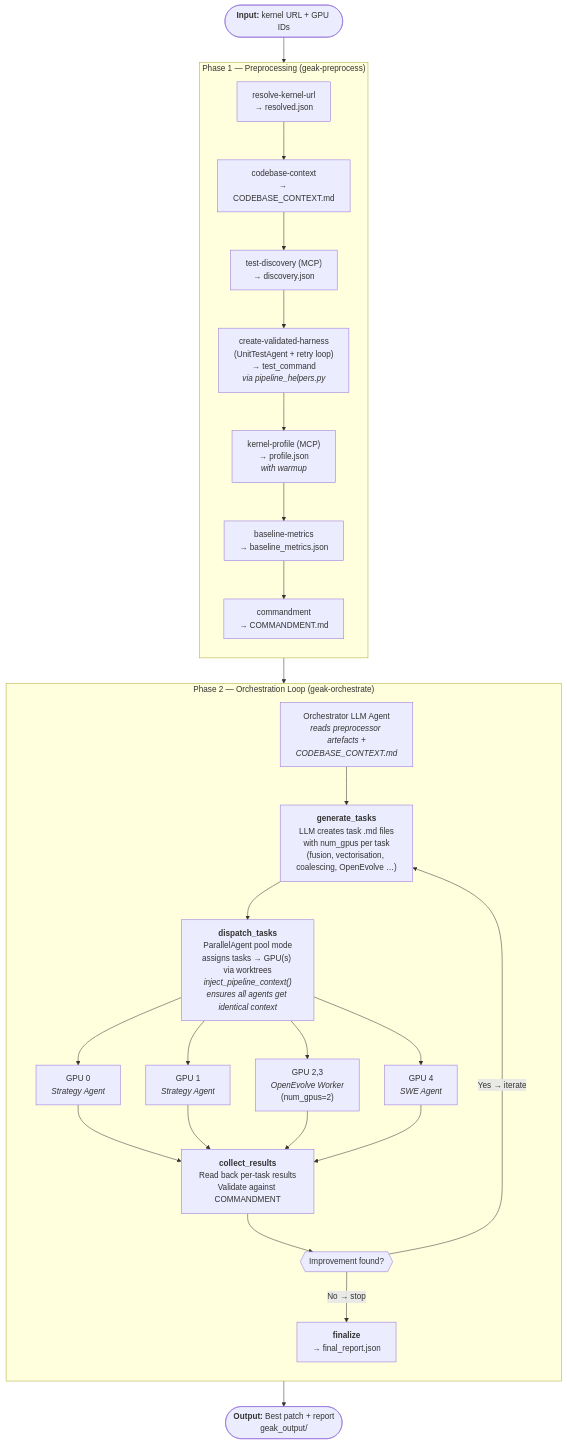
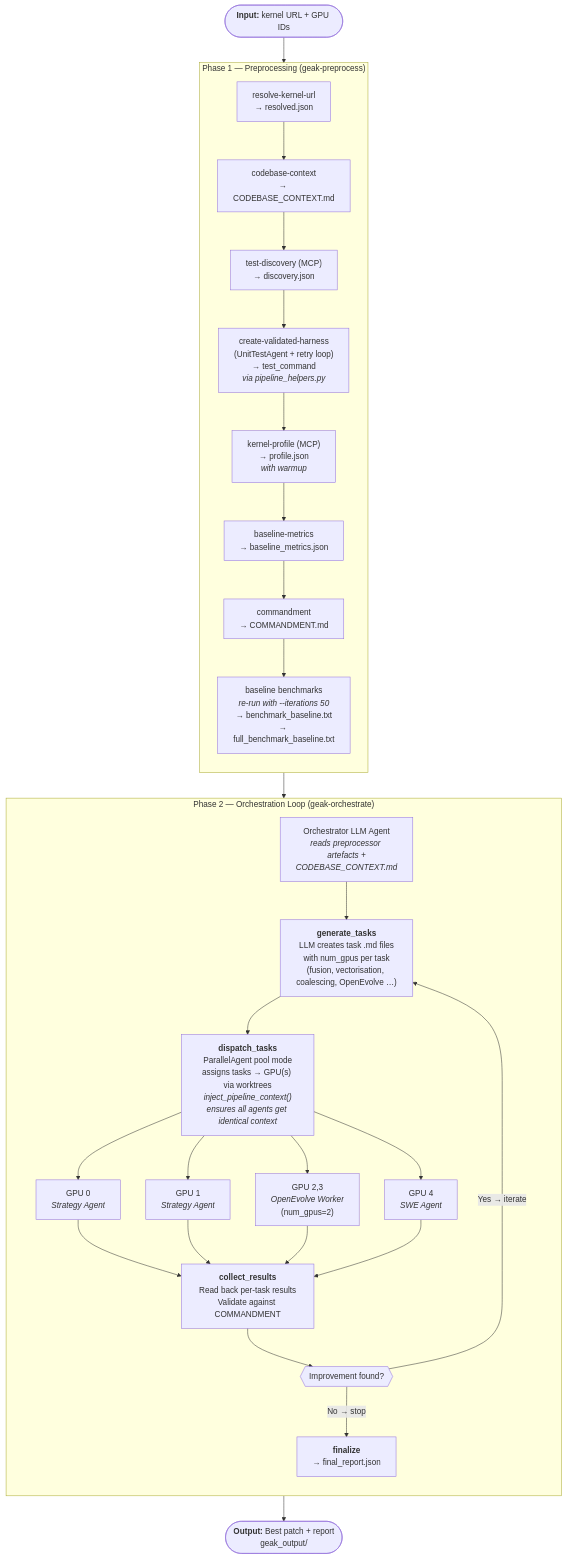
One commit to AMD-AGI/GEAK changed the diagram in docs/flow.md. Above: the diagram before and after it, drawn with Mermaid. The commit also changed 14 other files, not shown here.

First line of the commit message:
Consistent benchmark iterations and patch artifact exclusions

````diff
--- a/docs/flow.md
+++ b/docs/flow.md
@@ -3,41 +3,42 @@
 ```mermaid
 flowchart TB
     START(["<b>Input:</b> kernel URL + GPU IDs"]) --> P1
 
     subgraph PREPROCESS ["Phase 1 — Preprocessing (geak-preprocess)"]
         direction TB
         P1["resolve-kernel-url\n→ resolved.json"]
         P1b["codebase-context\n→ CODEBASE_CONTEXT.md"]
         P2["test-discovery (MCP)\n→ discovery.json"]
         P2b["create-validated-harness\n(UnitTestAgent + retry loop)\n→ test_command\n<i>via pipeline_helpers.py</i>"]
         P3["kernel-profile (MCP)\n→ profile.json\n<i>with warmup</i>"]
         P4["baseline-metrics\n→ baseline_metrics.json"]
         P5["commandment\n→ COMMANDMENT.md"]
-        P1 --> P1b --> P2 --> P2b --> P3 --> P4 --> P5
+        P6["baseline benchmarks\n<i>re-run with --iterations 50</i>\n→ benchmark_baseline.txt\n→ full_benchmark_baseline.txt"]
+        P1 --> P1b --> P2 --> P2b --> P3 --> P4 --> P5 --> P6
     end
 
-    P5 --> ORCH_START
+    P6 --> ORCH_START
 
     subgraph ORCH ["Phase 2 — Orchestration Loop (geak-orchestrate)"]
         direction TB
         ORCH_START["Orchestrator LLM Agent\n<i>reads preprocessor artefacts +\nCODEBASE_CONTEXT.md</i>"]
         GEN["<b>generate_tasks</b>\nLLM creates task .md files\nwith num_gpus per task\n(fusion, vectorisation, coalescing, OpenEvolve …)"]
         DISPATCH["<b>dispatch_tasks</b>\nParallelAgent pool mode\nassigns tasks → GPU(s) via worktrees\n<i>inject_pipeline_context()\nensures all agents get identical context</i>"]
         ORCH_START --> GEN --> DISPATCH
 
         DISPATCH --> GPU0["GPU 0\n<i>Strategy Agent</i>"]
         DISPATCH --> GPU1["GPU 1\n<i>Strategy Agent</i>"]
         DISPATCH --> GPU23["GPU 2,3\n<i>OpenEvolve Worker</i>\n(num_gpus=2)"]
         DISPATCH --> GPU4["GPU 4\n<i>SWE Agent</i>"]
 
         COLLECT["<b>collect_results</b>\nRead back per-task results\nValidate against COMMANDMENT"]
         GPU0 & GPU1 & GPU23 & GPU4 --> COLLECT
 
         DECIDE{{"Improvement found?"}}
         COLLECT --> DECIDE
         DECIDE -->|"Yes → iterate"| GEN
         DECIDE -->|"No → stop"| FINAL["<b>finalize</b>\n→ final_report.json"]
     end
 
     FINAL --> RESULT(["<b>Output:</b> Best patch + report\ngeak_output/"])
 ```
````
